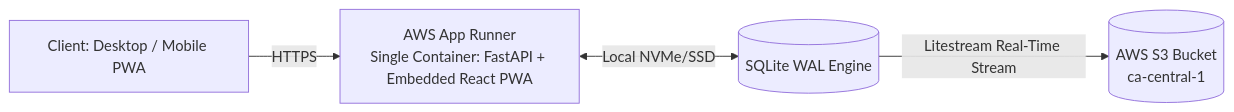
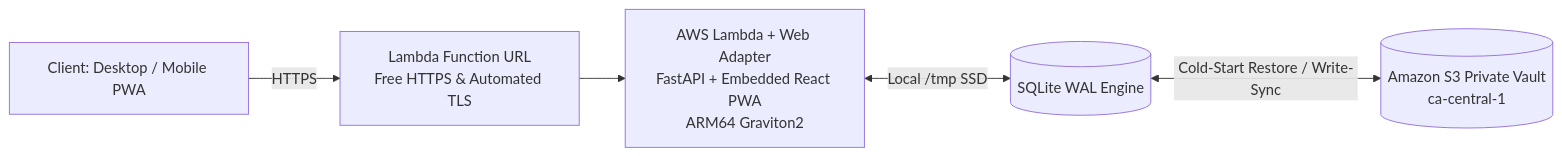
One commit to michaelsanford/Folio changed the diagram in README.md. Above: the diagram before and after it, drawn with Mermaid. The commit also changed other lines of this file, not shown here.

Commit message:
docs: update README with native SAM serverless architecture and clean diagrams

````diff
--- a/README.md
+++ b/README.md
@@ -37,6 +38,7 @@
 ```mermaid
 graph LR
-    User[Client: Desktop / Mobile PWA] -->|HTTPS| AR[AWS App Runner<br/>Single Container: FastAPI + Embedded React PWA]
-    AR <-->|Local NVMe/SSD| DB[(SQLite WAL Engine)]
-    DB -->|Litestream Real-Time Stream| S3[(AWS S3 Bucket<br/>ca-central-1)]
+    User[Client: Desktop / Mobile PWA] -->|HTTPS| FURL[Lambda Function URL<br/>Free HTTPS & Automated TLS]
+    FURL --> LWA[AWS Lambda + Web Adapter<br/>FastAPI + Embedded React PWA<br/>ARM64 Graviton2]
+    LWA <-->|Local /tmp SSD| DB[(SQLite WAL Engine)]
+    DB <-->|Cold-Start Restore / Write-Sync| S3[(Amazon S3 Private Vault<br/>ca-central-1)]
 ```
````
